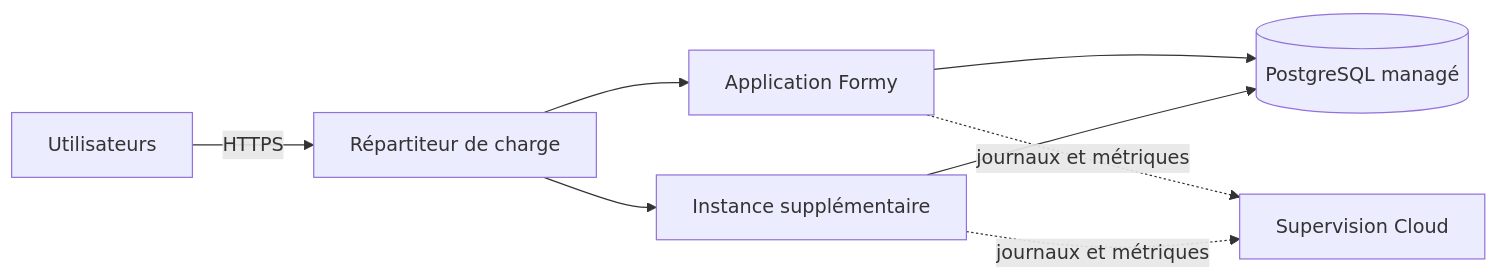
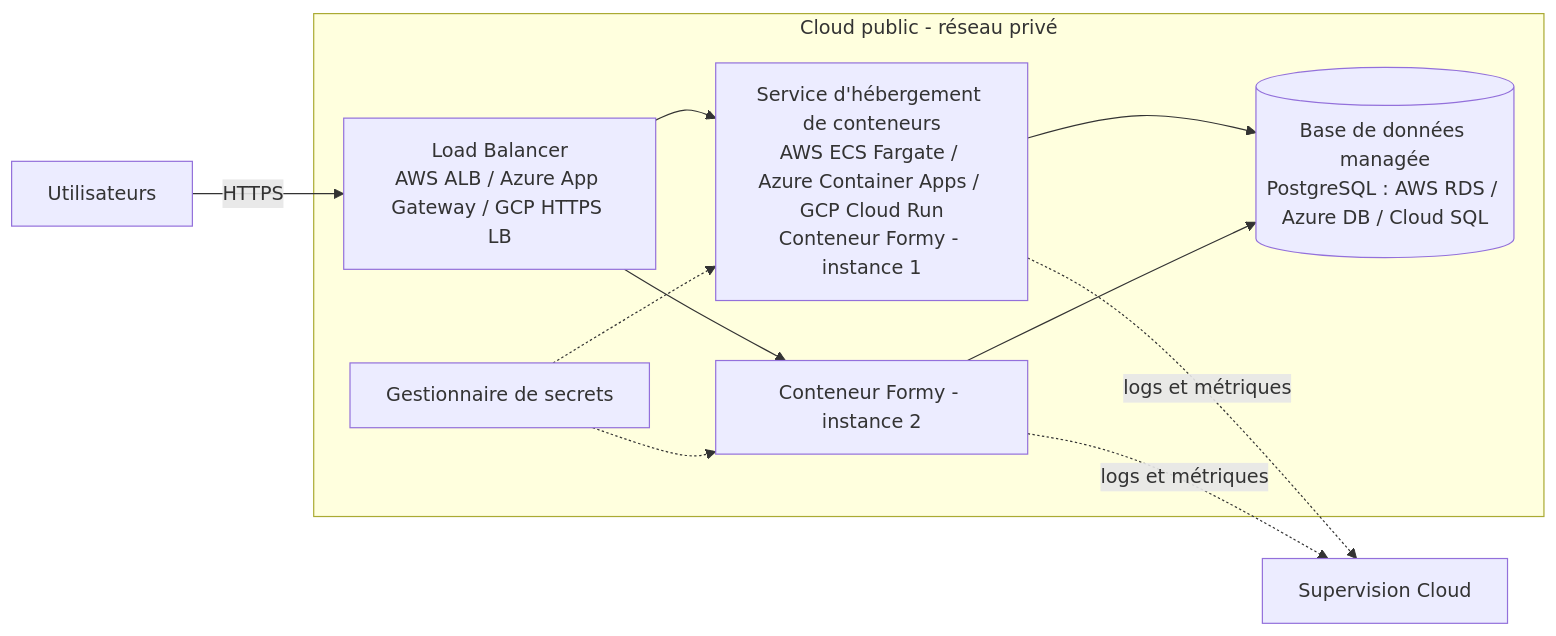
One commit to gbetiefs-byte/formy changed the diagram in README.md. Above: the diagram before and after it, drawn with Mermaid. The commit also changed other lines of this file, not shown here.

````diff
--- a/README.md
+++ b/README.md
@@ -109,10 +124,14 @@
 ```mermaid
 flowchart LR
-    U[Utilisateurs] -->|HTTPS| LB[Répartiteur de charge]
-    LB --> WEB1[Application Formy]
-    LB --> WEB2[Instance supplémentaire]
-    WEB1 --> DB[(PostgreSQL managé)]
-    WEB2 --> DB
-    WEB1 -. journaux et métriques .-> MON[Supervision Cloud]
-    WEB2 -. journaux et métriques .-> MON
+    U[Utilisateurs] -->|HTTPS| LB[Load Balancer<br/>AWS ALB / Azure App Gateway / GCP HTTPS LB]
+    subgraph CLOUD[Cloud public - réseau privé]
+        LB --> C1[Service d'hébergement de conteneurs<br/>AWS ECS Fargate / Azure Container Apps / GCP Cloud Run<br/>Conteneur Formy - instance 1]
+        LB --> C2[Conteneur Formy - instance 2]
+        C1 --> DB[(Base de données managée<br/>PostgreSQL : AWS RDS / Azure DB / Cloud SQL)]
+        C2 --> DB
+        SEC[Gestionnaire de secrets] -.-> C1
+        SEC -.-> C2
+    end
+    C1 -. logs et métriques .-> MON[Supervision Cloud]
+    C2 -. logs et métriques .-> MON
 ```
````
